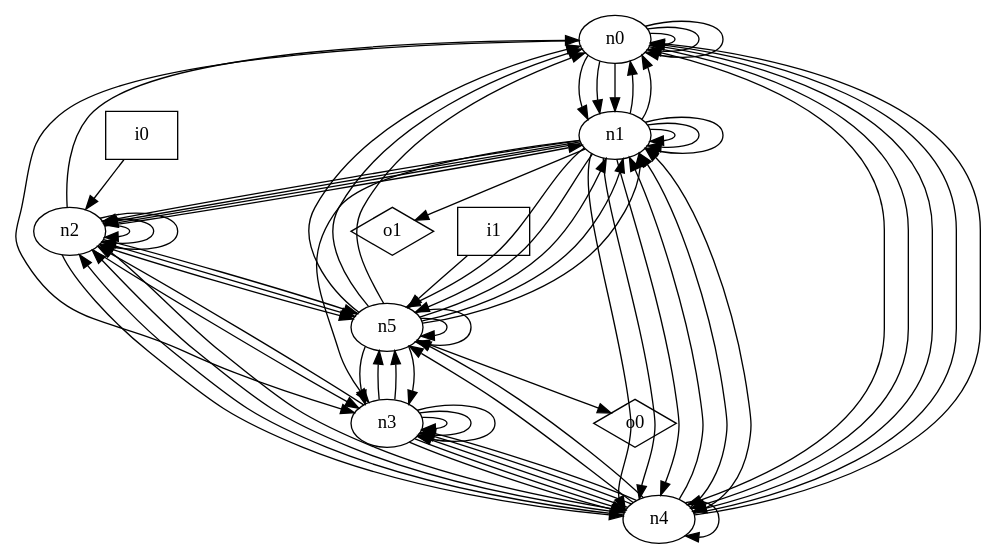
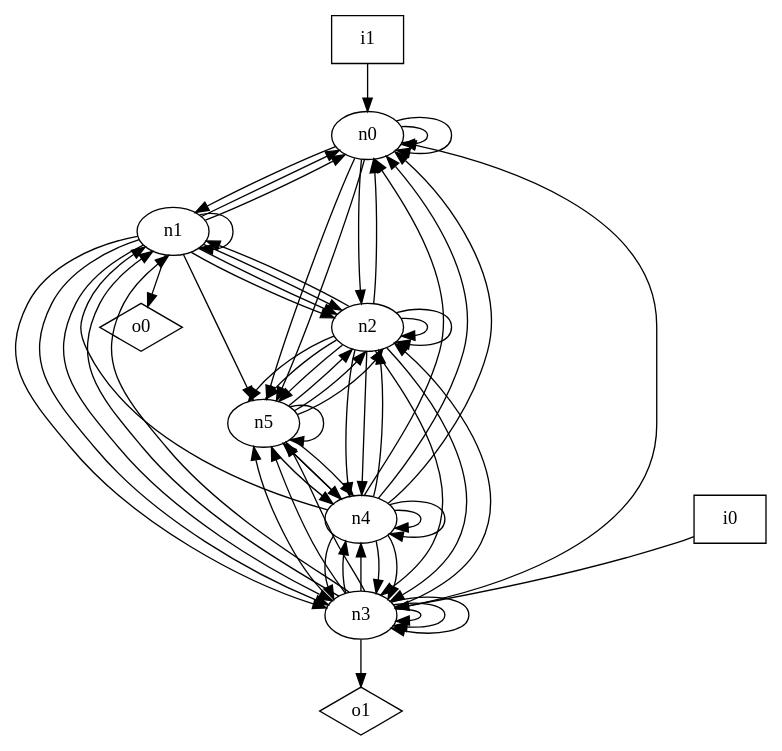
The diagram in dot_files/random_graph/graph.dot (p9romain/bool-circuits), drawn with Graphviz before and after one commit. The commit also changed 84 other files, not shown here.

```diff
--- a/dot_files/random_graph/graph.dot
+++ b/dot_files/random_graph/graph.dot
@@ -1,82 +1,73 @@
 digraph G {
 n0 [label="n0"];
 n1 [label="n1"];
 n2 [label="n2"];
 n3 [label="n3"];
 n4 [label="n4"];
 n5 [label="n5"];
 n6 [label="i0",shape="box"];
 n7 [label="i1",shape="box"];
 n8 [label="o0",shape="diamond"];
 n9 [label="o1",shape="diamond"];
 n0 -> n0
 n0 -> n0
-n0 -> n0
 n0 -> n1
-n0 -> n1
-n0 -> n1
-n0 -> n3
-n0 -> n4
-n0 -> n4
-n0 -> n4
+n0 -> n2
+n0 -> n5
+n0 -> n5
 n1 -> n0
 n1 -> n0
-n1 -> n1
-n1 -> n1
 n1 -> n1
 n1 -> n2
 n1 -> n2
 n1 -> n2
 n1 -> n3
-n1 -> n4
-n1 -> n4
-n1 -> n4
+n1 -> n3
+n1 -> n3
 n1 -> n5
-n1 -> n5
-n1 -> n9
+n1 -> n8
 n2 -> n0
 n2 -> n1
 n2 -> n2
 n2 -> n2
-n2 -> n2
 n2 -> n3
+n2 -> n3
+n2 -> n4
 n2 -> n4
 n2 -> n5
 n2 -> n5
 n2 -> n5
+n3 -> n0
+n3 -> n1
+n3 -> n1
 n3 -> n2
 n3 -> n3
 n3 -> n3
 n3 -> n3
 n3 -> n4
 n3 -> n4
 n3 -> n5
 n3 -> n5
+n3 -> n5
+n3 -> n9
+n4 -> n0
 n4 -> n0
 n4 -> n0
 n4 -> n1
-n4 -> n1
-n4 -> n1
-n4 -> n2
-n4 -> n2
 n4 -> n2
 n4 -> n3
 n4 -> n3
 n4 -> n3
 n4 -> n4
+n4 -> n4
 n4 -> n5
-n4 -> n5
-n5 -> n0
-n5 -> n0
-n5 -> n0
-n5 -> n1
-n5 -> n1
-n5 -> n1
-n5 -> n3
-n5 -> n3
+n5 -> n2
+n5 -> n2
+n5 -> n2
+n5 -> n4
+n5 -> n4
+n5 -> n4
 n5 -> n5
-n5 -> n5
-n5 -> n8
-n6 -> n2
-n7 -> n5
+n6 -> n3
+n7 -> n0
 }
```
